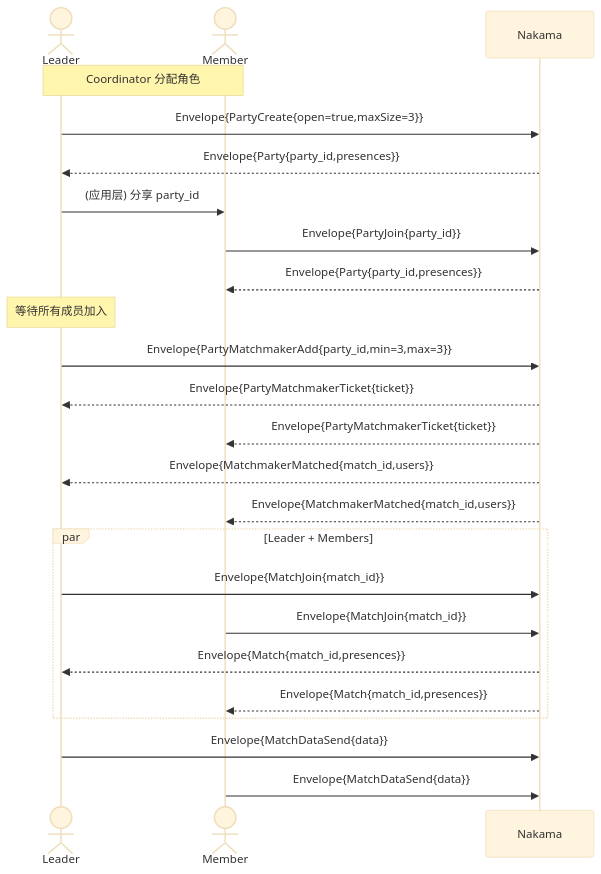
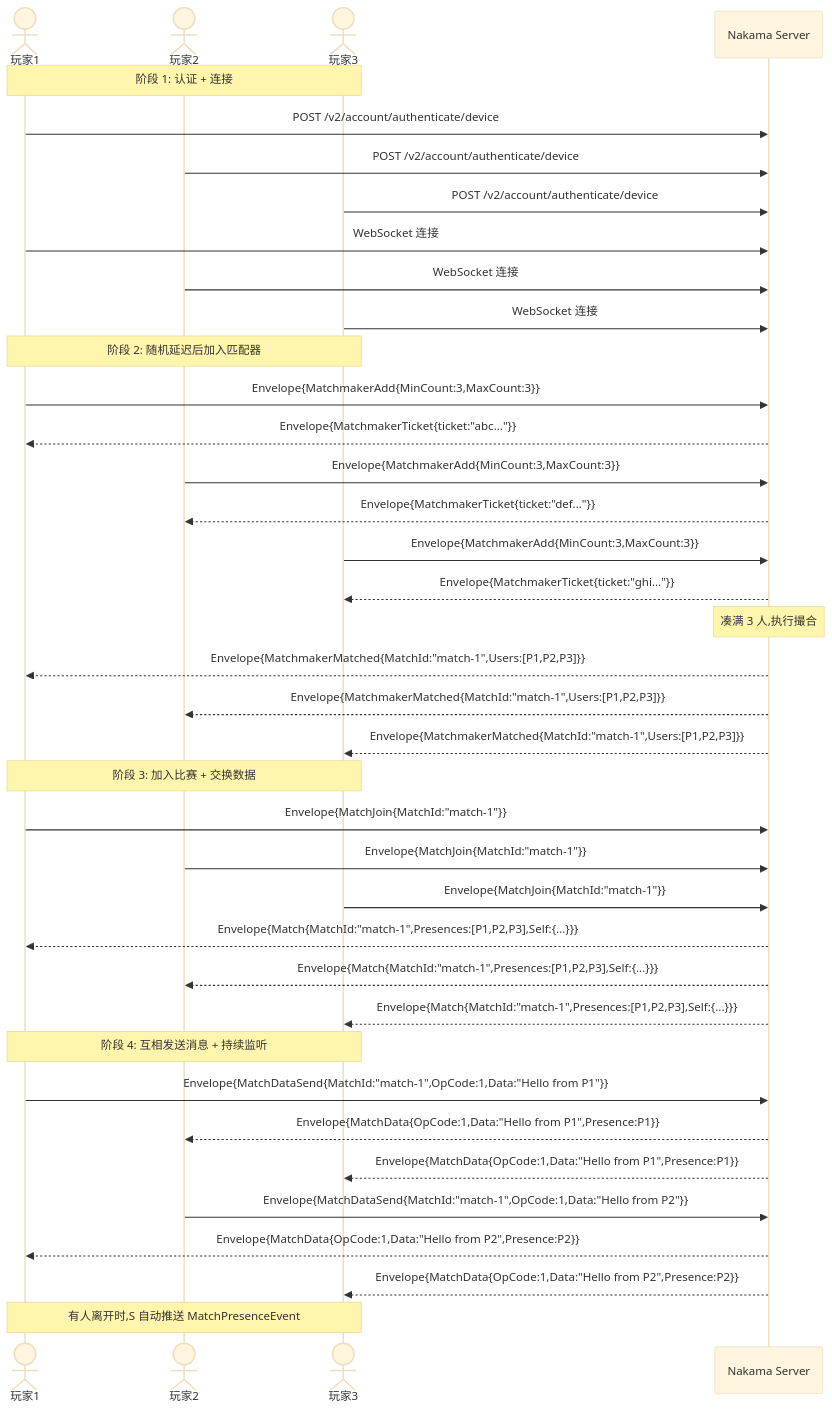
One commit to kindywu/nakama changed the third of 5 diagrams in docs/examples.md. Above: the diagram before and after it, drawn with Mermaid (base theme). The commit also changed other lines of this file, not shown here.

````diff
--- a/docs/examples.md
+++ b/docs/examples.md
@@ -392,35 +549,56 @@
 ```mermaid
 sequenceDiagram
-    actor L as Leader
-    actor M as Member
-    participant Nakama
+    actor P1 as 玩家1
+    actor P2 as 玩家2
+    actor P3 as 玩家3
+    participant S as Nakama Server
 
-    Note over L,M: Coordinator 分配角色
+    Note over P1,P3: 阶段 1: 认证 + 连接
 
-    L->>Nakama: Envelope{PartyCreate{open=true,maxSize=3}}
-    Nakama-->>L: Envelope{Party{party_id,presences}}
+    P1->>S: POST /v2/account/authenticate/device
+    P2->>S: POST /v2/account/authenticate/device
+    P3->>S: POST /v2/account/authenticate/device
 
-    L->>M: (应用层) 分享 party_id
+    P1->>S: WebSocket 连接
+    P2->>S: WebSocket 连接
+    P3->>S: WebSocket 连接
 
-    M->>Nakama: Envelope{PartyJoin{party_id}}
-    Nakama-->>M: Envelope{Party{party_id,presences}}
+    Note over P1,P3: 阶段 2: 随机延迟后加入匹配器
 
-    Note over L: 等待所有成员加入
+    P1->>S: Envelope{MatchmakerAdd{MinCount:3,MaxCount:3}}
+    S-->>P1: Envelope{MatchmakerTicket{ticket:"abc..."}}
 
-    L->>Nakama: Envelope{PartyMatchmakerAdd{party_id,min=3,max=3}}
-    Nakama-->>L: Envelope{PartyMatchmakerTicket{ticket}}
-    Nakama-->>M: Envelope{PartyMatchmakerTicket{ticket}}
+    P2->>S: Envelope{MatchmakerAdd{MinCount:3,MaxCount:3}}
+    S-->>P2: Envelope{MatchmakerTicket{ticket:"def..."}}
 
-    Nakama-->>L: Envelope{MatchmakerMatched{match_id,users}}
-    Nakama-->>M: Envelope{MatchmakerMatched{match_id,users}}
+    P3->>S: Envelope{MatchmakerAdd{MinCount:3,MaxCount:3}}
+    S-->>P3: Envelope{MatchmakerTicket{ticket:"ghi..."}}
 
-    par Leader + Members
-        L->>Nakama: Envelope{MatchJoin{match_id}}
-        M->>Nakama: Envelope{MatchJoin{match_id}}
-        Nakama-->>L: Envelope{Match{match_id,presences}}
-        Nakama-->>M: Envelope{Match{match_id,presences}}
-    end
+    Note over S: 凑满 3 人,执行撮合
 
-    L->>Nakama: Envelope{MatchDataSend{data}}
-    M->>Nakama: Envelope{MatchDataSend{data}}
+    S-->>P1: Envelope{MatchmakerMatched{MatchId:"match-1",Users:[P1,P2,P3]}}
+    S-->>P2: Envelope{MatchmakerMatched{MatchId:"match-1",Users:[P1,P2,P3]}}
+    S-->>P3: Envelope{MatchmakerMatched{MatchId:"match-1",Users:[P1,P2,P3]}}
+
+    Note over P1,P3: 阶段 3: 加入比赛 + 交换数据
+
+    P1->>S: Envelope{MatchJoin{MatchId:"match-1"}}
+    P2->>S: Envelope{MatchJoin{MatchId:"match-1"}}
+    P3->>S: Envelope{MatchJoin{MatchId:"match-1"}}
+
+    S-->>P1: Envelope{Match{MatchId:"match-1",Presences:[P1,P2,P3],Self:{...}}}
+    S-->>P2: Envelope{Match{MatchId:"match-1",Presences:[P1,P2,P3],Self:{...}}}
+    S-->>P3: Envelope{Match{MatchId:"match-1",Presences:[P1,P2,P3],Self:{...}}}
+
+    Note over P1,P3: 阶段 4: 互相发送消息 + 持续监听
+
+    P1->>S: Envelope{MatchDataSend{MatchId:"match-1",OpCode:1,Data:"Hello from P1"}}
+    S-->>P2: Envelope{MatchData{OpCode:1,Data:"Hello from P1",Presence:P1}}
+    S-->>P3: Envelope{MatchData{OpCode:1,Data:"Hello from P1",Presence:P1}}
+
+    P2->>S: Envelope{MatchDataSend{MatchId:"match-1",OpCode:1,Data:"Hello from P2"}}
+    S-->>P1: Envelope{MatchData{OpCode:1,Data:"Hello from P2",Presence:P2}}
+    S-->>P3: Envelope{MatchData{OpCode:1,Data:"Hello from P2",Presence:P2}}
+
+    Note over P1,P3: 有人离开时,S 自动推送 MatchPresenceEvent
 ```
````
